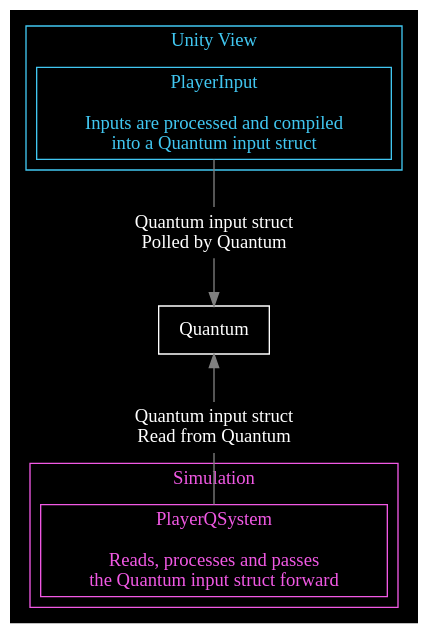
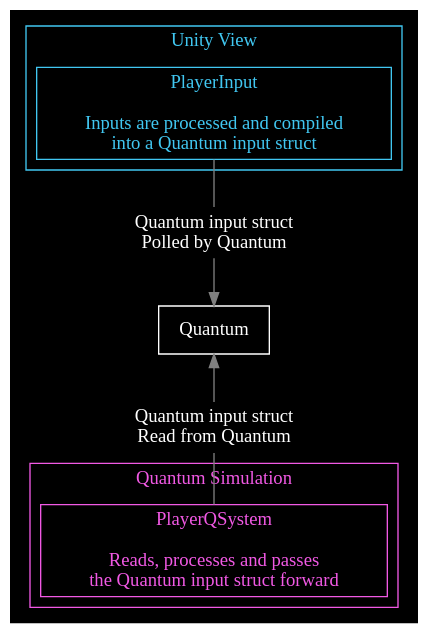
The fourth of 8 diagrams in Doc/Doxygen/Battle/additional-documentation/pages/1-concepts-player-.md (Alt-Org/Altzone), drawn with Graphviz before and after one commit. The commit also changed other lines of this file, not shown here.

````diff
--- a/Doc/Doxygen/Battle/additional-documentation/pages/1-concepts-player-.md
+++ b/Doc/Doxygen/Battle/additional-documentation/pages/1-concepts-player-.md
@@ -145,39 +155,39 @@
 ```dot
 digraph PlayerInputGraph {
   color=white;
   fontcolor=white;
   bgcolor=black;
 
   node [shape=box, style=filled, color=white, fontcolor=white, fillcolor=black];
   edge [color=gray];
 
   subgraph cluster_unityview {
     color="#41C7F1";
     fontcolor="#41C7F1";
     label = "Unity View";
 
     node [color="#41C7F1", fontcolor="#41C7F1"];
 
     PlayerInput [label="PlayerInput\n\nInputs are processed and compiled\ninto a Quantum input struct"];
   }
 
   InputStructView       [label="Quantum input struct\nPolled by Quantum", color=transparent];
   Quantum               [label="Quantum"];
   InputStructSimulation [label="Quantum input struct\nRead from Quantum", color=transparent];
 
   subgraph cluster_simulation {
     color="#F159E4";
     fontcolor="#F159E4";
-    label = "Simulation";
+    label = "Quantum Simulation";
 
     node [color="#F159E4", fontcolor="#F159E4"];
 
     PlayerQSystem            [label="PlayerQSystem\n\nReads, processes and passes\nthe Quantum input struct forward"];
   }
 
   PlayerInput -> InputStructView [dir=none];
   InputStructView -> Quantum;
   Quantum -> InputStructSimulation [dir=back];
   InputStructSimulation -> PlayerQSystem [dir=none];
 }
 ```
````
